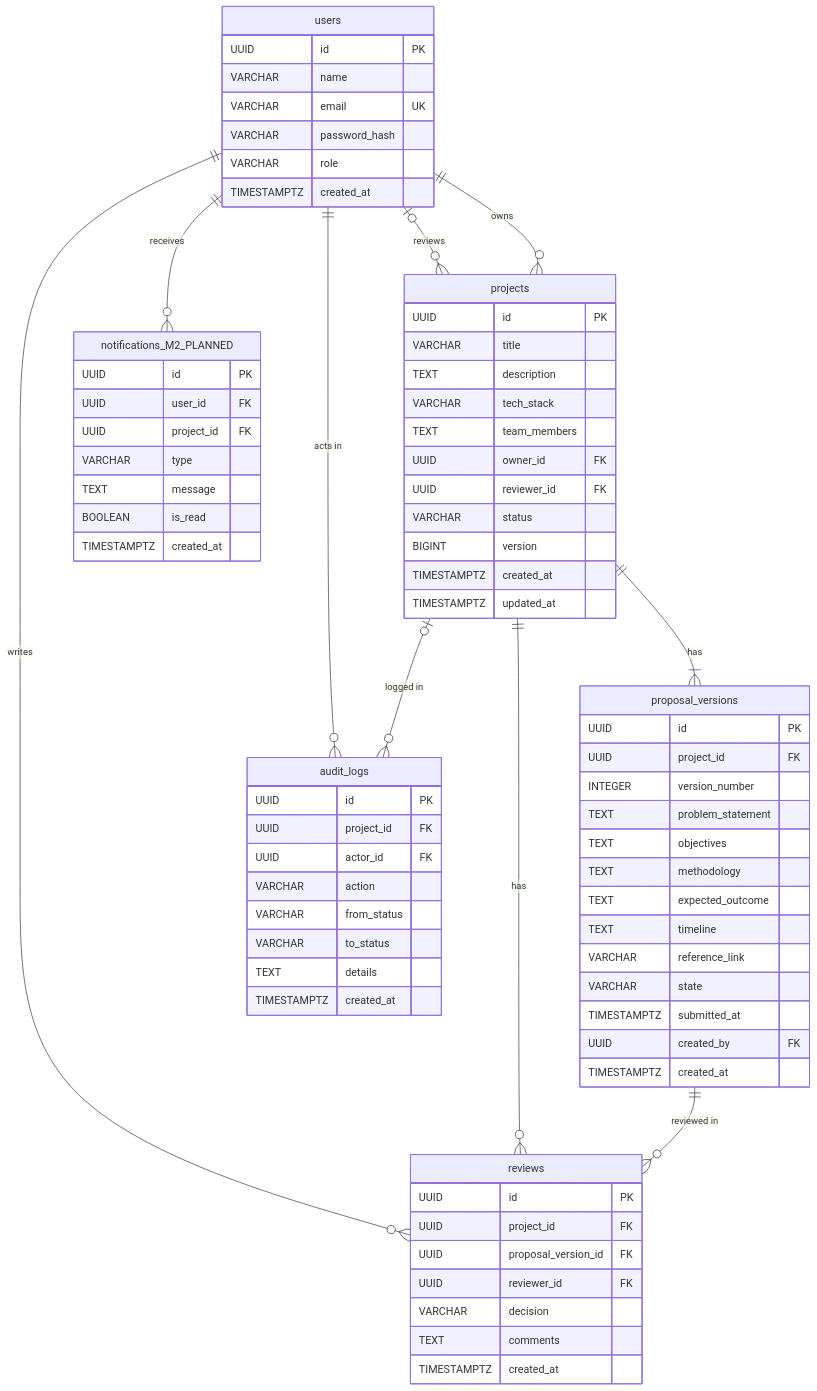
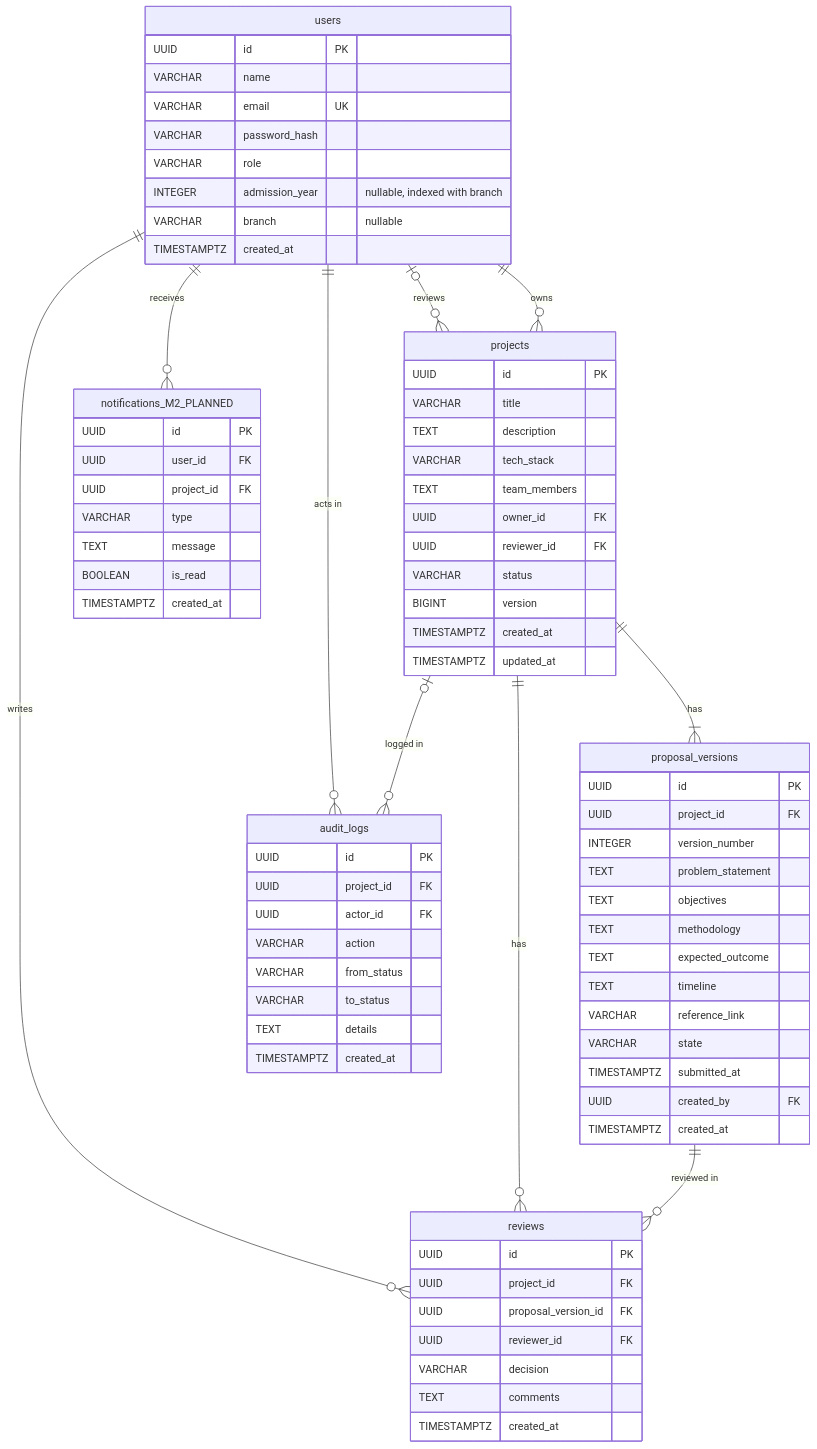
Before and after one commit to udita-0707/Prastaav: the tenth of 12 diagrams in docs/diagrams.md, drawn with Mermaid. The commit also changed other lines of this file and 7 other files, not shown here.

````diff
--- a/docs/diagrams.md
+++ b/docs/diagrams.md
@@ -448,76 +477,78 @@
 ```mermaid
 erDiagram
   users ||--o{ projects : owns
   users |o--o{ projects : reviews
   projects ||--|{ proposal_versions : has
   proposal_versions ||--o{ reviews : "reviewed in"
   projects ||--o{ reviews : has
   users ||--o{ reviews : writes
   projects |o--o{ audit_logs : "logged in"
   users ||--o{ audit_logs : "acts in"
   users ||--o{ notifications_M2_PLANNED : receives
   users {
     UUID id PK
     VARCHAR name
     VARCHAR email UK
     VARCHAR password_hash
     VARCHAR role
+    INTEGER admission_year "nullable, indexed with branch"
+    VARCHAR branch "nullable"
     TIMESTAMPTZ created_at
   }
   projects {
     UUID id PK
     VARCHAR title
     TEXT description
     VARCHAR tech_stack
     TEXT team_members
     UUID owner_id FK
     UUID reviewer_id FK
     VARCHAR status
     BIGINT version
     TIMESTAMPTZ created_at
     TIMESTAMPTZ updated_at
   }
   proposal_versions {
     UUID id PK
     UUID project_id FK
     INTEGER version_number
     TEXT problem_statement
     TEXT objectives
     TEXT methodology
     TEXT expected_outcome
     TEXT timeline
     VARCHAR reference_link
     VARCHAR state
     TIMESTAMPTZ submitted_at
     UUID created_by FK
     TIMESTAMPTZ created_at
   }
   reviews {
     UUID id PK
     UUID project_id FK
     UUID proposal_version_id FK
     UUID reviewer_id FK
     VARCHAR decision
     TEXT comments
     TIMESTAMPTZ created_at
   }
   audit_logs {
     UUID id PK
     UUID project_id FK
     UUID actor_id FK
     VARCHAR action
     VARCHAR from_status
     VARCHAR to_status
     TEXT details
     TIMESTAMPTZ created_at
   }
   notifications_M2_PLANNED {
     UUID id PK
     UUID user_id FK
     UUID project_id FK
     VARCHAR type
     TEXT message
     BOOLEAN is_read
     TIMESTAMPTZ created_at
   }
 ```
````
